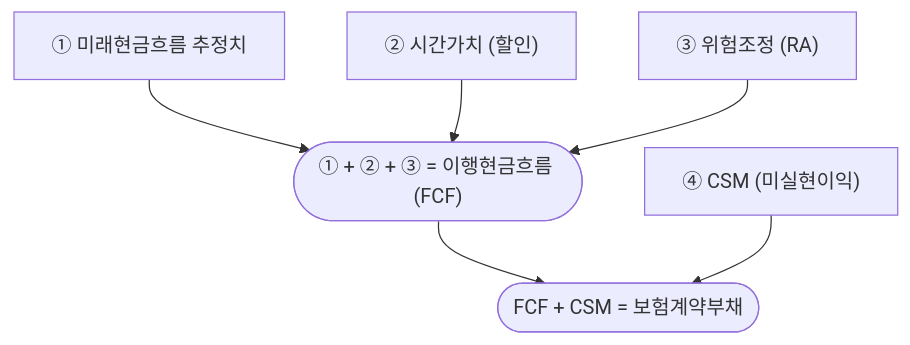
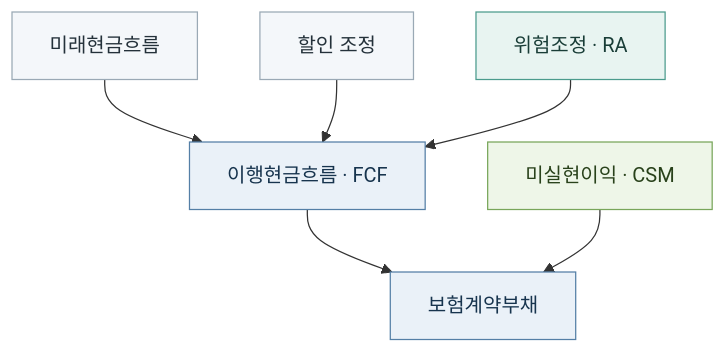
Before and after one commit to seokhoonj/fastcashflow: the diagram in docs/tutorial/01-ifrs17.md, drawn with Mermaid. The commit also changed other lines of this file and 35 other files, not shown here.

First line of the commit message:
docs: consistent mermaid diagram theme across the tutorial and cookbook

````diff
--- a/docs/tutorial/01-ifrs17.md
+++ b/docs/tutorial/01-ifrs17.md
@@ -100,14 +100,23 @@
 ```{mermaid}
 flowchart TB
-    A["① 미래현금흐름 추정치"]
-    B["② 시간가치 (할인)"]
-    C["③ 위험조정 (RA)"]
-    D["④ CSM (미실현이익)"]
-    FCF(["① + ② + ③ = 이행현금흐름 (FCF)"])
-    LIAB(["FCF + CSM = 보험계약부채"])
+    A["미래현금흐름"]
+    B["할인 조정"]
+    C["위험조정 · RA"]
+    D["미실현이익 · CSM"]
+    FCF["이행현금흐름 · FCF"]
+    LIAB["보험계약부채"]
     A --> FCF
     B --> FCF
     C --> FCF
     FCF --> LIAB
     D --> LIAB
+
+    classDef input fill:#f4f7fa,stroke:#9aa9b5,color:#24313a
+    classDef risk fill:#e8f4f1,stroke:#4b9b8d,color:#193d37
+    classDef margin fill:#eef6e8,stroke:#78a65a,color:#29421b
+    classDef result fill:#eaf1f8,stroke:#547fa6,color:#17344e
+    class A,B input
+    class C risk
+    class D margin
+    class FCF,LIAB result
 ```
````
